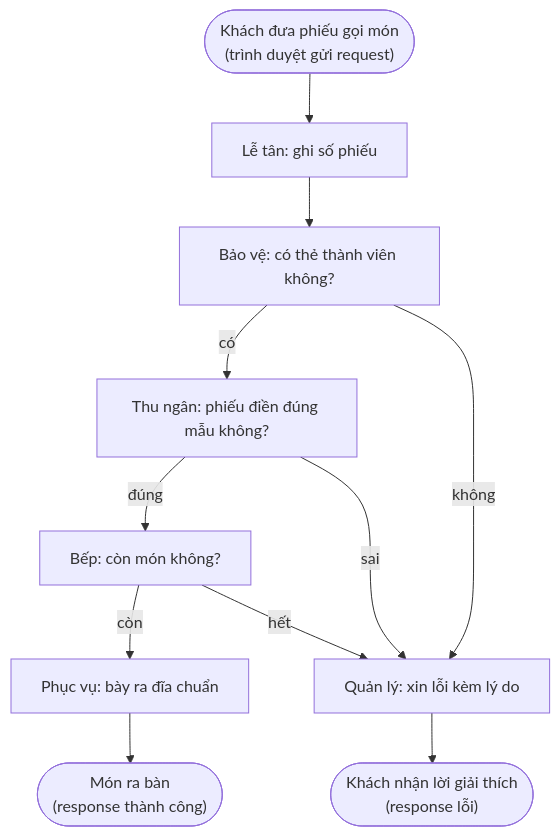
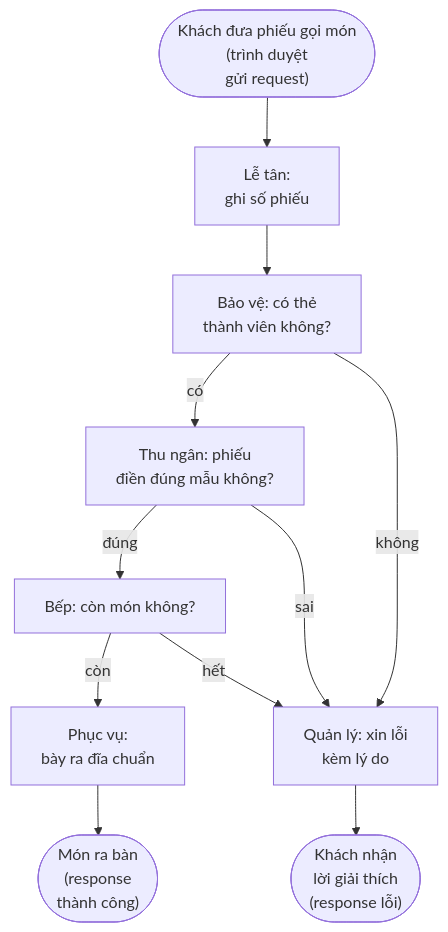
Before and after one commit to duongbui234/software-engineering-atlas: the first of 2 diagrams in content/posts/2026-11-18-api-foundations.md, drawn with Mermaid. The commit also changed other lines of this file and 134 other files, not shown here.

First line of the commit message:
Fit every Mermaid diagram at 390px without sideways scroll (#56)

````diff
--- a/content/posts/2026-11-18-api-foundations.md
+++ b/content/posts/2026-11-18-api-foundations.md
@@ -53,13 +53,13 @@
 ```mermaid
 flowchart TB
-    K(["Khách đưa phiếu gọi món<br/>(trình duyệt gửi request)"]) --> A["Lễ tân: ghi số phiếu"]
-    A --> B["Bảo vệ: có thẻ thành viên không?"]
-    B -- có --> C["Thu ngân: phiếu điền đúng mẫu không?"]
+    K(["Khách đưa phiếu gọi món<br/>(trình duyệt<br/>gửi request)"]) --> A["Lễ tân:<br/>ghi số phiếu"]
+    A --> B["Bảo vệ: có thẻ<br/>thành viên không?"]
+    B -- có --> C["Thu ngân: phiếu<br/>điền đúng mẫu không?"]
     C -- đúng --> D["Bếp: còn món không?"]
-    D -- còn --> E["Phục vụ: bày ra đĩa chuẩn"]
-    E --> OK(["Món ra bàn<br/>(response thành công)"])
-    B -- không --> X["Quản lý: xin lỗi kèm lý do"]
+    D -- còn --> E["Phục vụ:<br/>bày ra đĩa chuẩn"]
+    E --> OK(["Món ra bàn<br/>(response<br/>thành công)"])
+    B -- không --> X["Quản lý: xin lỗi<br/>kèm lý do"]
     C -- sai --> X
     D -- hết --> X
-    X --> ERR(["Khách nhận lời giải thích<br/>(response lỗi)"])
+    X --> ERR(["Khách nhận<br/>lời giải thích<br/>(response lỗi)"])
 ```
````
